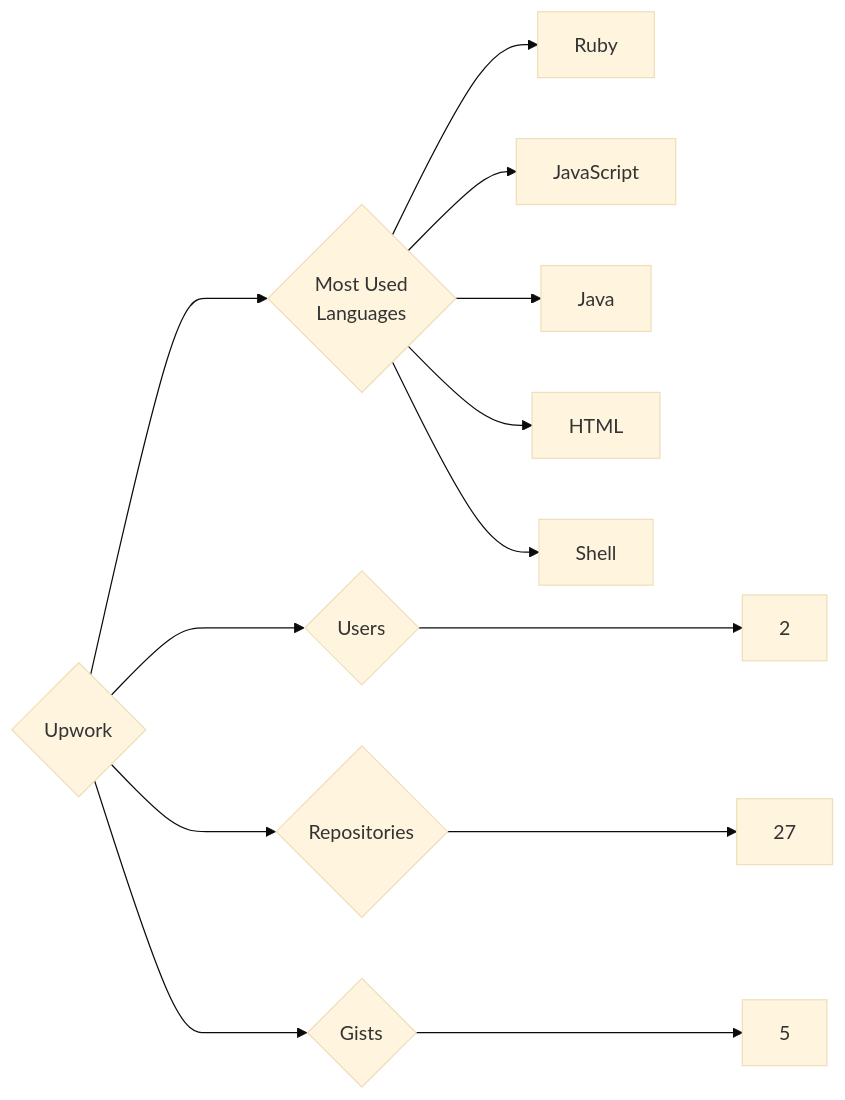
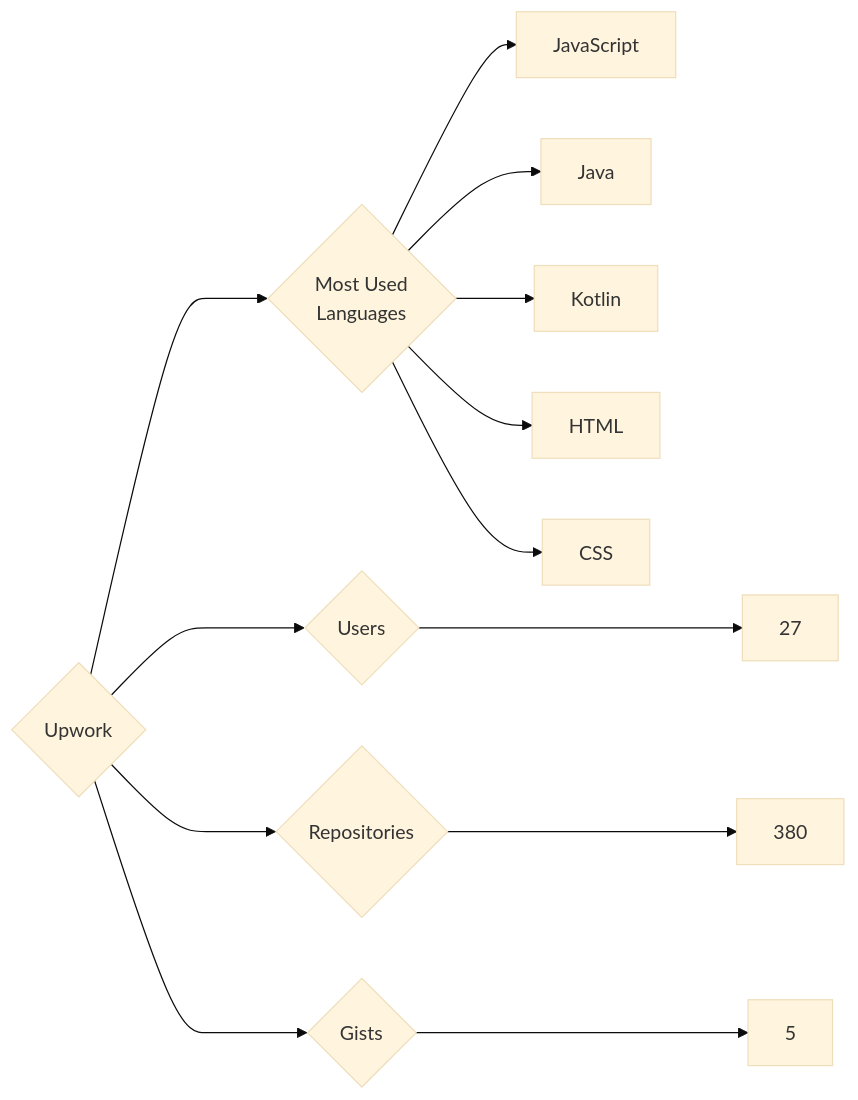
The diagram in targets/Upwork/README.md (trickest/insiders), drawn with Mermaid (base theme) before and after one commit. The commit also changed 681 other files, not shown here.

````diff
--- a/targets/Upwork/README.md
+++ b/targets/Upwork/README.md
@@ -3,13 +3,13 @@
 ```mermaid
 graph LR
 COMPANY_NAME{Upwork}
-COMPANY_NAME ---> U{Users} ---> UN[2]
-COMPANY_NAME ---> R{Repositories} ---> RN[27]
+COMPANY_NAME ---> U{Users} ---> UN[27]
+COMPANY_NAME ---> R{Repositories} ---> RN[380]
 COMPANY_NAME ---> G{Gists} ---> GN[5]
 COMPANY_NAME ---> ML{Most Used<br>Languages}
-ML --> Ruby[Ruby]
 ML --> JavaScript[JavaScript]
 ML --> Java[Java]
+ML --> Kotlin[Kotlin]
 ML --> HTML[HTML]
-ML --> Shell[Shell]
+ML --> CSS[CSS]
 ```
````
